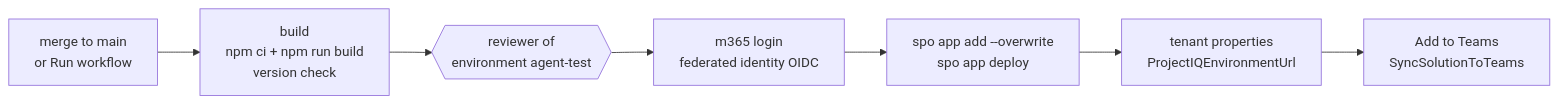
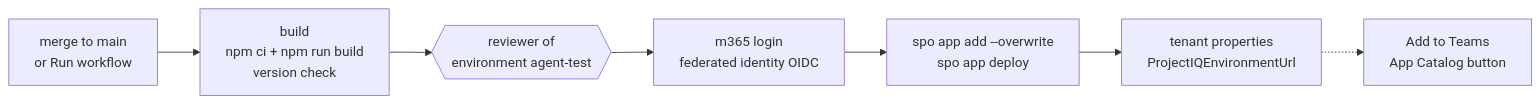
The first of 4 diagrams in docs/dev-environment.md (Power-Builders-Italia/ProjectIQ), drawn with Mermaid before and after one commit. The commit also changed other lines of this file and 5 other files, not shown here.

First line of the commit message:
deploy-agent: Add to Teams off by default (400 with app-only token) (#77)

````diff
--- a/docs/dev-environment.md
+++ b/docs/dev-environment.md
@@ -93,9 +93,9 @@
 ```mermaid
 flowchart LR
     M[merge to main<br/>or Run workflow] --> B[build<br/>npm ci + npm run build<br/>version check]
     B --> R{{reviewer of<br/>environment agent-test}}
     R --> L[m365 login<br/>federated identity OIDC]
     L --> A[spo app add --overwrite<br/>spo app deploy]
     A --> P[tenant properties<br/>ProjectIQEnvironmentUrl]
-    P --> T[Add to Teams<br/>SyncSolutionToTeams]
+    P -.-> T[Add to Teams<br/>App Catalog button]
 ```
````
